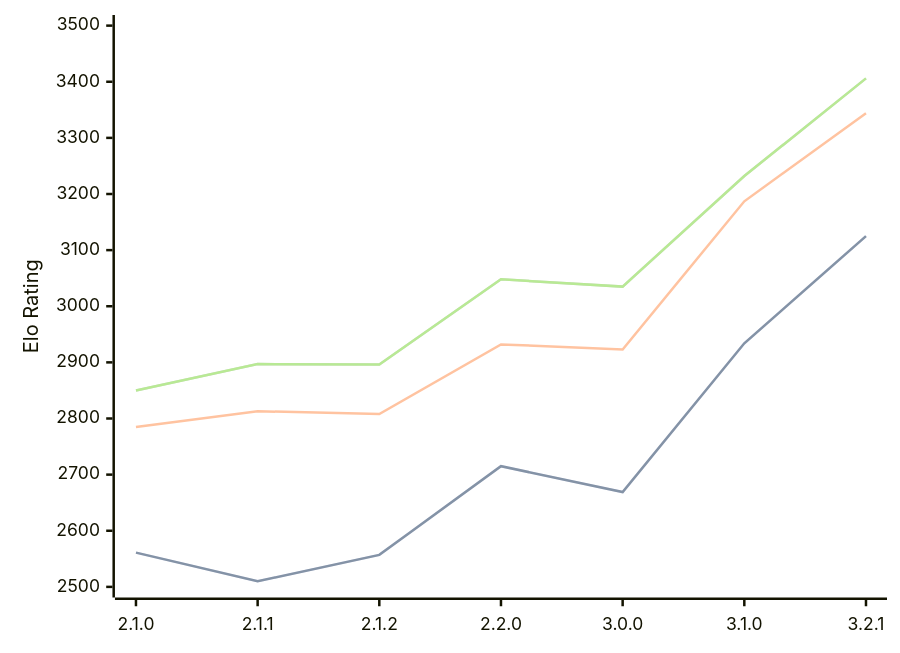
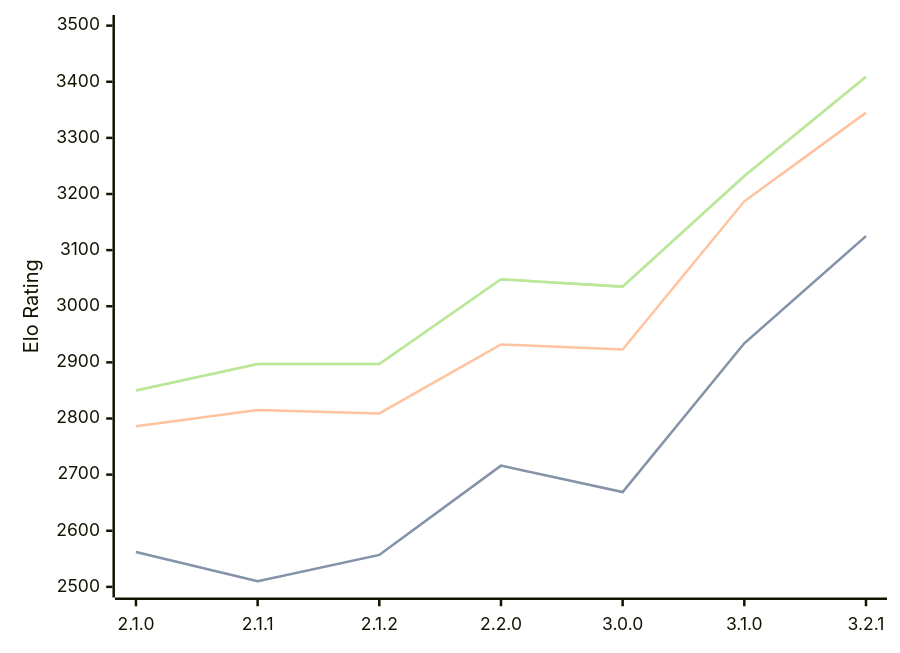
The diagram in engines/Prune.md (computer-chess-index/cci), drawn with Mermaid before and after one commit. The commit also changed other lines of this file, not shown here.

Commit message:
Update CCI Ratings (ELO VLTC) - 2026-03-27

````diff
--- a/engines/Prune.md
+++ b/engines/Prune.md
@@ -42,11 +42,11 @@
 ```mermaid
 %%{init: {"theme":"base","themeVariables":{"seriesColors:['#a3a3a3','#222221','#faa371']}}}%%
 xychart-beta
   x-axis ["2.1.0", "2.1.1", "2.1.2", "2.2.0", "3.0.0", "3.1.0", "3.2.1"]
   y-axis "Elo Rating" 2500 --> 3500
-  line "STC (8.0+0.08s)" [2561, 2510, 2557, 2715, 2669, 2934, 3125]
-  line "STC (8.0+0.08s)" [2561, 2510, 2557, 2715, 2669, 2934, 3125]
-  line "LTC (60.0+0.60s)" [2785, 2813, 2808, 2932, 2923, 3187, 3344]
-  line "VLTC (2m24s+1.12s)" [2850, 2897, 2896, 3048, 3035, 3232, 3406]
-  line "VLTC (2m24s+1.12s)" [2850, 2897, 2896, 3048, 3035, 3232, 3406]
+  line "STC (8.0+0.08s)" [2562, 2510, 2557, 2716, 2669, 2934, 3125]
+  line "STC (8.0+0.08s)" [2562, 2510, 2557, 2716, 2669, 2934, 3125]
+  line "LTC (60.0+0.60s)" [2786, 2815, 2809, 2932, 2923, 3187, 3345]
+  line "VLTC (2m24s+1.12s)" [2850, 2897, 2897, 3048, 3035, 3232, 3409]
+  line "VLTC (2m24s+1.12s)" [2850, 2897, 2897, 3048, 3035, 3232, 3409]
 ```
````
